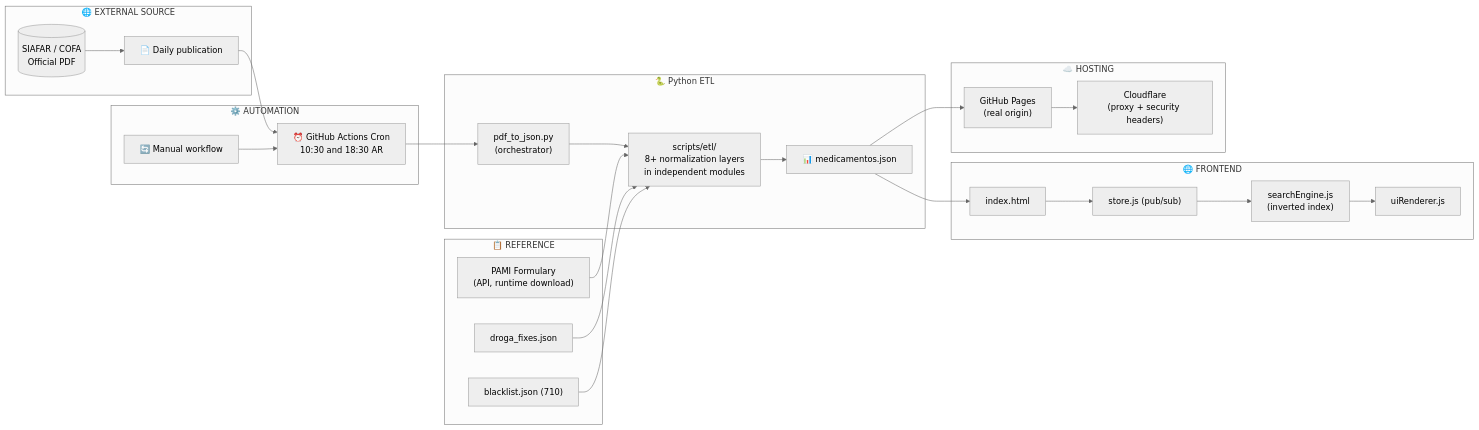
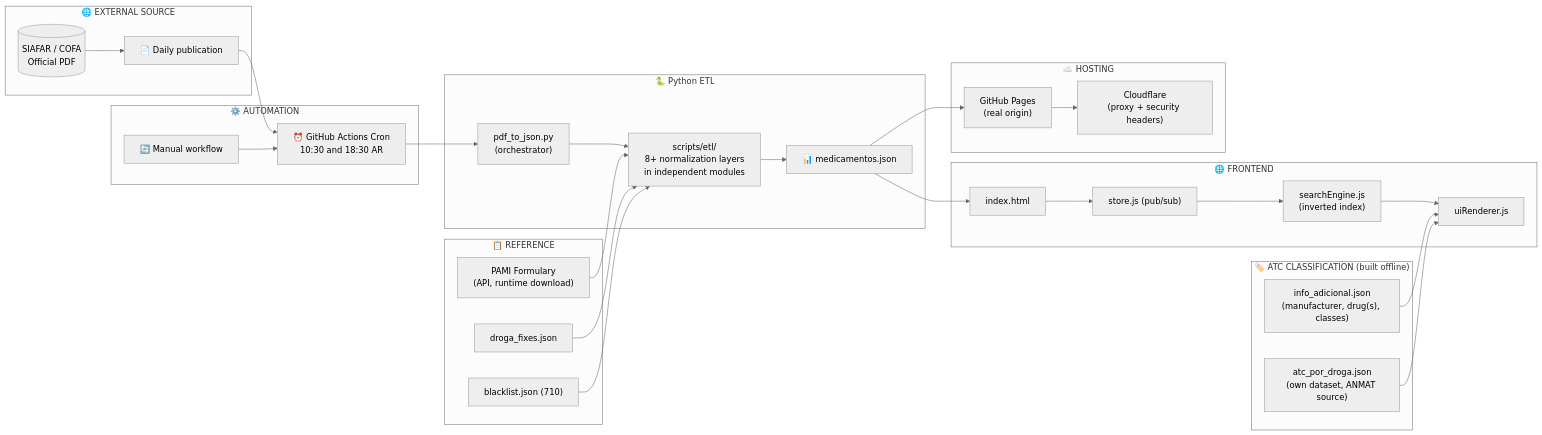
One commit to psbella/remedi.ar changed the third of 10 diagrams in README.en.md. Above: the diagram before and after it, drawn with Mermaid (neutral theme). The commit also changed 1 other file, not shown here.

Commit message:
docs(readme): agregar clasificación ATC/info-adicional al diagrama de Arquitectura del Sistema (ES/EN)

````diff
--- a/README.en.md
+++ b/README.en.md
@@ -604,53 +604,60 @@
 ```mermaid
 flowchart LR
 
     subgraph ONE["🌐 EXTERNAL SOURCE"]
         A[("SIAFAR / COFA\nOfficial PDF")]
         B["📄 Daily publication"]
     end
 
     subgraph TWO["⚙️ AUTOMATION"]
         C["⏰ GitHub Actions Cron\n10:30 and 18:30 AR"]
         D["🔄 Manual workflow"]
     end
 
     subgraph THREE["🐍 Python ETL"]
         E["pdf_to_json.py\n(orchestrator)"]
         E2["scripts/etl/\n8+ normalization layers\nin independent modules"]
         G["📊 medicamentos.json"]
     end
 
     subgraph REF["📋 REFERENCE"]
         H["PAMI Formulary\n(API, runtime download)"]
         I["droga_fixes.json"]
         J["blacklist.json (710)"]
+    end
+
+    subgraph ATC["🏷️ ATC CLASSIFICATION (built offline)"]
+        H2["info_adicional.json\n(manufacturer, drug(s), classes)"]
+        I2["atc_por_droga.json\n(own dataset, ANMAT source)"]
     end
 
     subgraph FIVE["🌐 FRONTEND"]
         K["index.html"]
         L["store.js (pub/sub)"]
         M["searchEngine.js\n(inverted index)"]
         N["uiRenderer.js"]
     end
 
     subgraph SEVEN["☁️ HOSTING"]
         Q["GitHub Pages\n(real origin)"]
         R["Cloudflare\n(proxy + security headers)"]
     end
 
     A --> B
     B --> C
     D --> C
     C --> E
     E --> E2
     H --> E2
     I --> E2
     J --> E2
     E2 --> G
     G --> K
     K --> L
     L --> M
     M --> N
+    H2 --> N
+    I2 --> N
     G --> Q
     Q --> R
 ```
````
